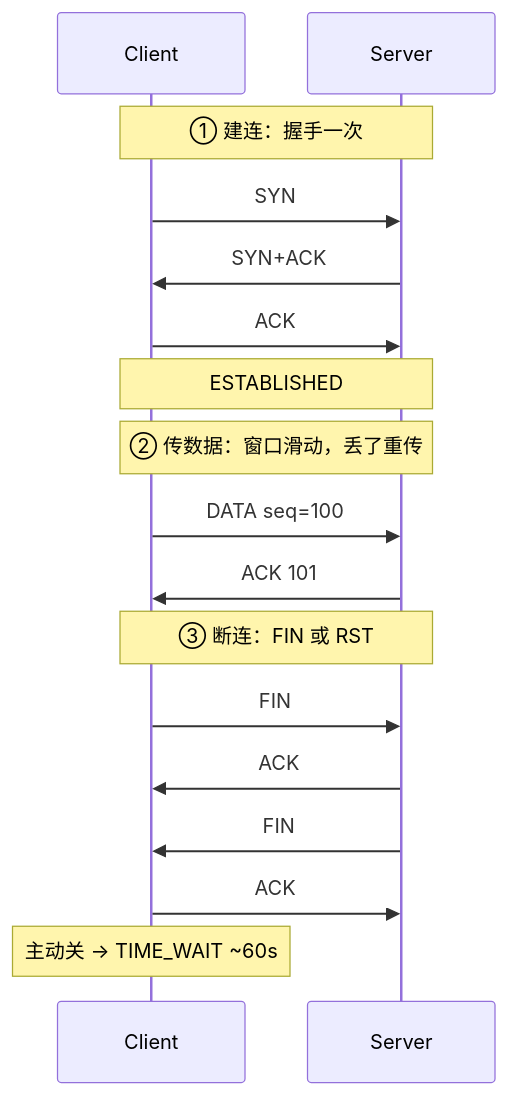
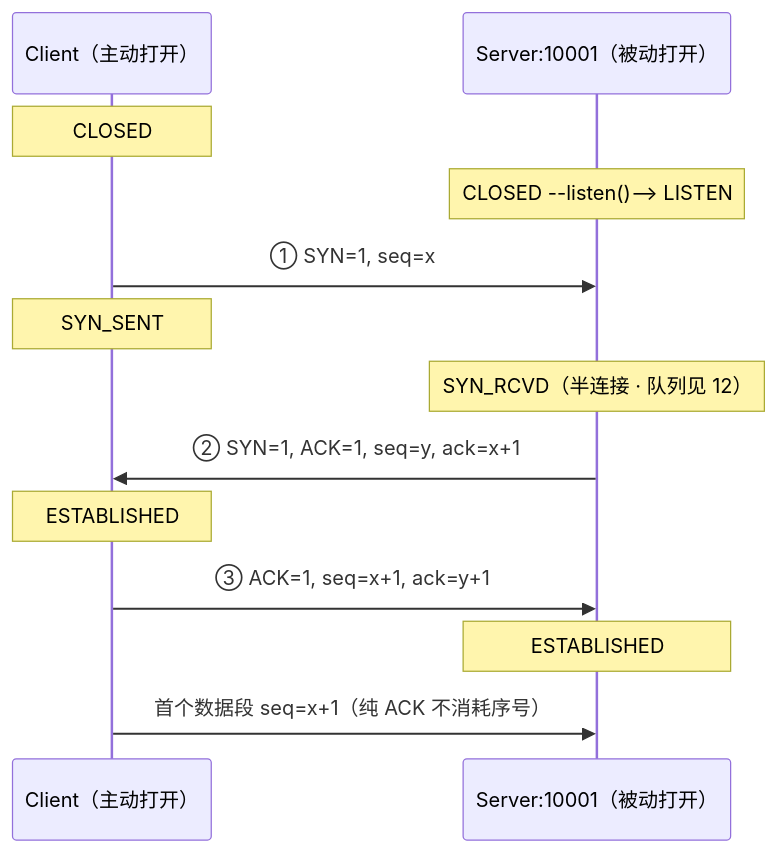
The fifth of 17 diagrams in 01-基础底座/13-TCP与UDP/知识点.md (ml-cuizijun/LearnToLilith), drawn with Mermaid before and after one commit. The commit also changed other lines of this file and 470 other files, not shown here.

````diff
--- a/01-基础底座/13-TCP与UDP/知识点.md
+++ b/01-基础底座/13-TCP与UDP/知识点.md
@@ -132,19 +156,15 @@
 ```mermaid
 sequenceDiagram
-    participant C as Client
-    participant S as Server
-    Note over C,S: ① 建连：握手一次
-    C->>S: SYN
-    S->>C: SYN+ACK
-    C->>S: ACK
-    Note over C,S: ESTABLISHED
-    Note over C,S: ② 传数据：窗口滑动，丢了重传
-    C->>S: DATA seq=100
-    S->>C: ACK 101
-    Note over C,S: ③ 断连：FIN 或 RST
-    C->>S: FIN
-    S->>C: ACK
-    S->>C: FIN
-    C->>S: ACK
-    Note over C: 主动关 → TIME_WAIT ~60s
+    participant C as Client（主动打开）
+    participant S as Server:10001（被动打开）
+    Note over C: CLOSED
+    Note over S: CLOSED --listen()--> LISTEN
+    C->>S: ① SYN=1, seq=x
+    Note over C: SYN_SENT
+    Note over S: SYN_RCVD（半连接 · 队列见 12）
+    S->>C: ② SYN=1, ACK=1, seq=y, ack=x+1
+    Note over C: ESTABLISHED
+    C->>S: ③ ACK=1, seq=x+1, ack=y+1
+    Note over S: ESTABLISHED
+    C->>S: 首个数据段 seq=x+1（纯 ACK 不消耗序号）
 ```
````
